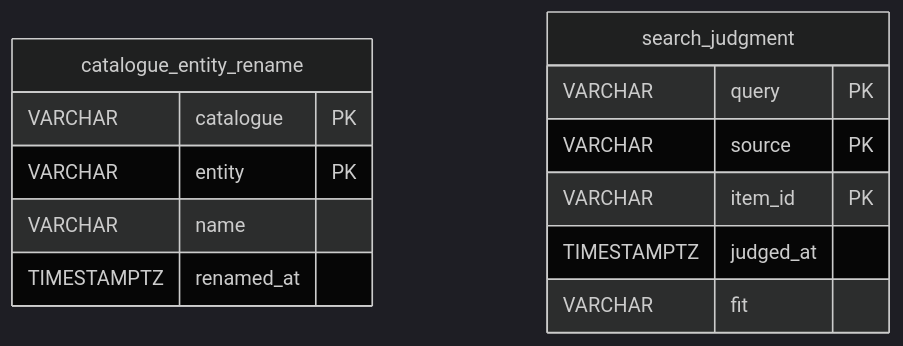
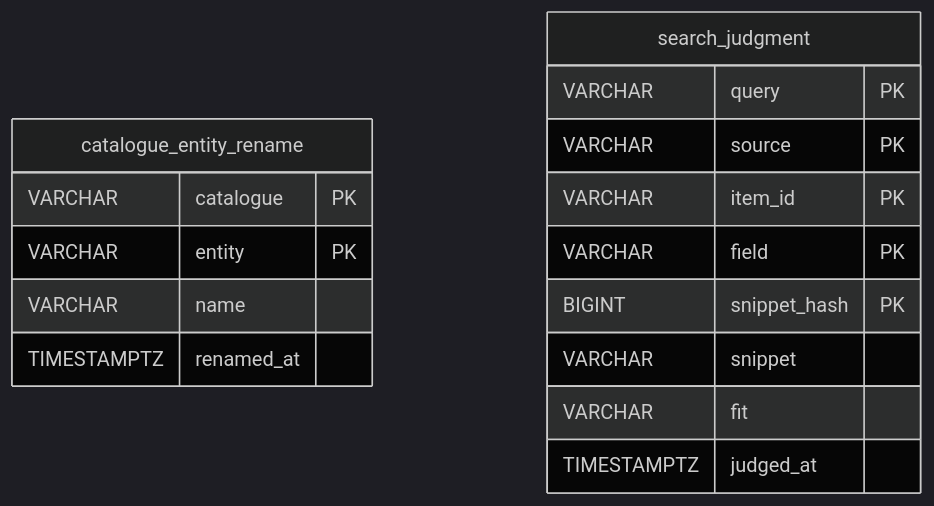
The diagram in docs/database/preferences.md (vlsergey/recommend4me), drawn with Mermaid (dark theme) before and after one commit. The commit also changed other lines of this file and 21 other files, not shown here.

````diff
--- a/docs/database/preferences.md
+++ b/docs/database/preferences.md
@@ -12,16 +12,19 @@
 ```mermaid
 erDiagram
     catalogue_entity_rename {
         VARCHAR catalogue PK
         VARCHAR entity PK
         VARCHAR name
         TIMESTAMPTZ renamed_at
     }
     search_judgment {
         VARCHAR query PK
         VARCHAR source PK
         VARCHAR item_id PK
+        VARCHAR field PK
+        BIGINT snippet_hash PK
+        VARCHAR snippet
+        VARCHAR fit
         TIMESTAMPTZ judged_at
-        VARCHAR fit
     }
 ```
````
